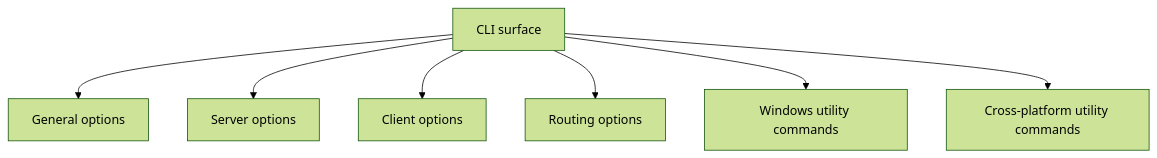
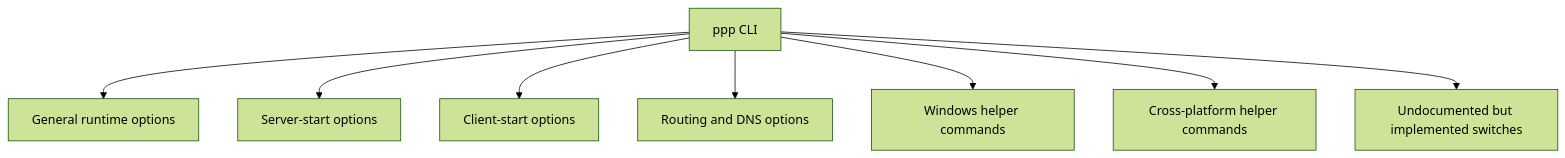
One commit to HyacinthHaru/openppp2 changed the diagram in docs/CLI_REFERENCE.md. Above: the diagram before and after it, drawn with Mermaid (forest theme). The commit also changed other lines of this file and 4 other files, not shown here.

````diff
--- a/docs/CLI_REFERENCE.md
+++ b/docs/CLI_REFERENCE.md
@@ -32,9 +88,10 @@
 ```mermaid
 flowchart TD
-    A[CLI surface] --> B[General options]
-    A --> C[Server options]
-    A --> D[Client options]
-    A --> E[Routing options]
-    A --> F[Windows utility commands]
-    A --> G[Cross-platform utility commands]
+    A[ppp CLI] --> B[General runtime options]
+    A --> C[Server-start options]
+    A --> D[Client-start options]
+    A --> E[Routing and DNS options]
+    A --> F[Windows helper commands]
+    A --> G[Cross-platform helper commands]
+    A --> H[Undocumented but implemented switches]
 ```
````
